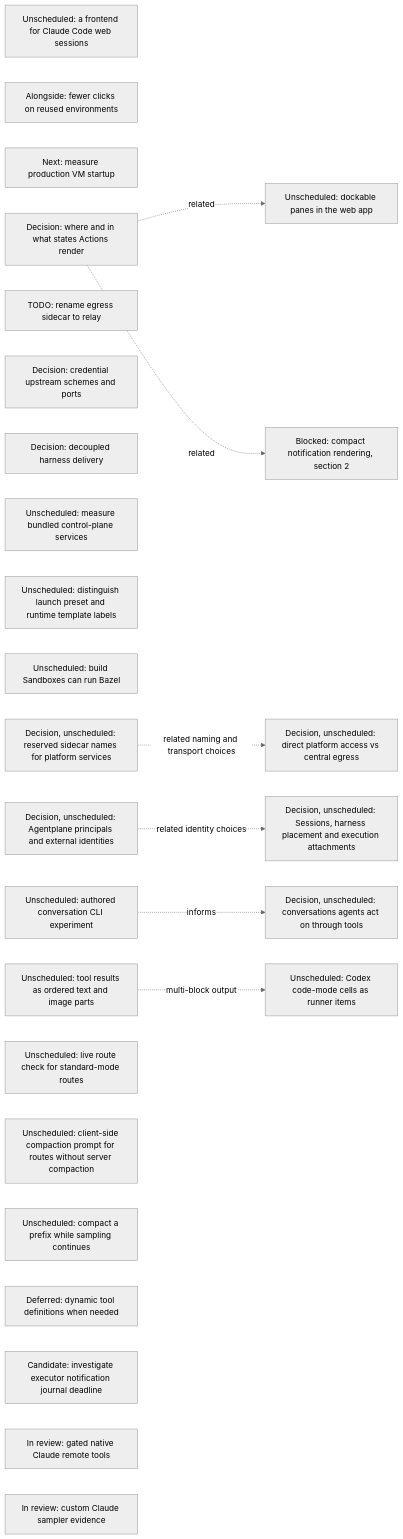
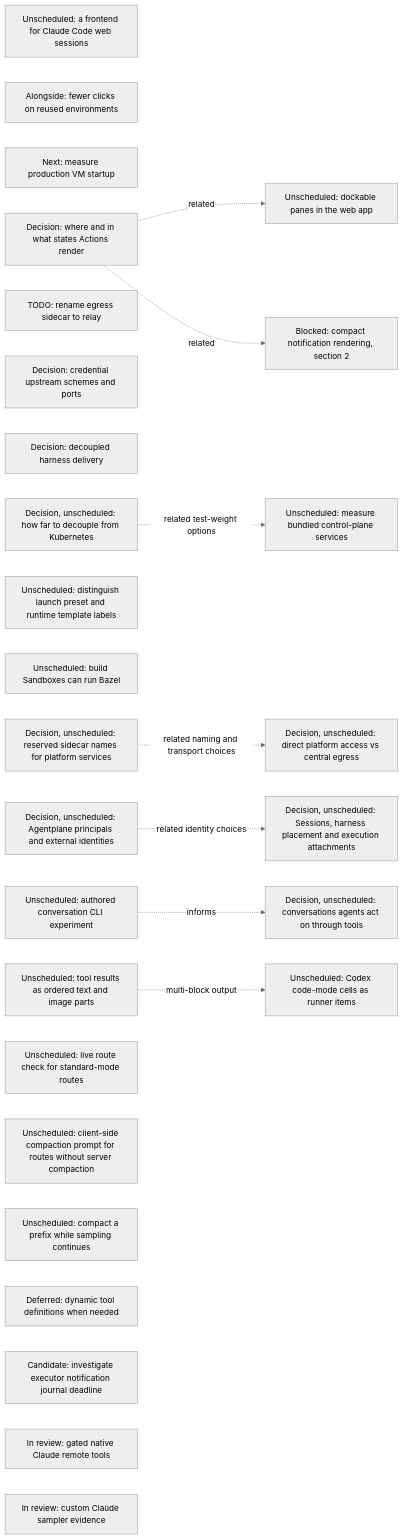
One commit to agentydragon/ducktape changed the sixth of 18 diagrams in agentplane/plans/task_dag.md. Above: the diagram before and after it, drawn with Mermaid (neutral theme). The commit also changed other lines of this file and 4 other files, not shown here.

First line of the commit message:
agentplane: Kubernetes decoupling plan, Journal/Thread naming, Electric and sampler-prefix DAG notes (#16306)

````diff
--- a/agentplane/plans/task_dag.md
+++ b/agentplane/plans/task_dag.md
@@ -967,35 +967,37 @@
 ```mermaid
 flowchart LR
     CLAUDE_CODE_WEB_BRIDGE[Unscheduled: a frontend for Claude Code web sessions]
     SESSION_LAUNCH_FRICTION[Alongside: fewer clicks on reused environments]
     VM_STARTUP_LATENCY[Next: measure production VM startup]
     ACTION_SURFACES_DESIGN[Decision: where and in what states Actions render]
     EGRESS_RELAY_RENAME[TODO: rename egress sidecar to relay]
     EGRESS_CREDENTIAL_TRANSPORT_DESIGN[Decision: credential upstream schemes and ports]
     RUNNER_HARNESS_DELIVERY_DESIGN[Decision: decoupled harness delivery]
     K3S_BUNDLED_SERVICES_SPIKE[Unscheduled: measure bundled control-plane services]
+    KUBERNETES_DECOUPLING_DESIGN[Decision, unscheduled: how far to decouple from Kubernetes]
+    KUBERNETES_DECOUPLING_DESIGN -. related test-weight options .-> K3S_BUNDLED_SERVICES_SPIKE
     DOCKABLE_PANES[Unscheduled: dockable panes in the web app]
     ACTION_SURFACES_DESIGN -. related .-> DOCKABLE_PANES
     NOTIFICATION_PRESENTATION[Blocked: compact notification rendering, section 2]
     ACTION_SURFACES_DESIGN -. related .-> NOTIFICATION_PRESENTATION
     SANDBOX_FORM_TERMINOLOGY[Unscheduled: distinguish launch preset and runtime template labels]
     BUILD_BOX_BAZEL[Unscheduled: build Sandboxes can run Bazel]
     PLATFORM_SERVICE_NAMES_DESIGN[Decision, unscheduled: reserved sidecar names for platform services]
     PLATFORM_SERVICE_ROUTING_DESIGN[Decision, unscheduled: direct platform access vs central egress]
     PLATFORM_SERVICE_NAMES_DESIGN -. related naming and transport choices .-> PLATFORM_SERVICE_ROUTING_DESIGN
     SESSION_RUNTIME_MODEL_DESIGN[Decision, unscheduled: Sessions, harness placement and execution attachments]
     AGENT_PRINCIPAL_MODEL_DESIGN[Decision, unscheduled: Agentplane principals and external identities]
     AGENT_PRINCIPAL_MODEL_DESIGN -. related identity choices .-> SESSION_RUNTIME_MODEL_DESIGN
     AGENT_AUTHORED_CONVERSATIONS_DESIGN[Decision, unscheduled: conversations agents act on through tools]
     AGENT_AUTHORED_CONVERSATIONS_EXPERIMENT[Unscheduled: authored conversation CLI experiment]
     AGENT_AUTHORED_CONVERSATIONS_EXPERIMENT -. informs .-> AGENT_AUTHORED_CONVERSATIONS_DESIGN
     STRUCTURED_TOOL_OUTPUT[Unscheduled: tool results as ordered text and image parts]
     STRUCTURED_TOOL_OUTPUT -. multi-block output .-> CODEX_CODE_MODE_CELLS[Unscheduled: Codex code-mode cells as runner items]
     CENTRAL_SAMPLER_MODEL_CAPABILITIES[Unscheduled: live route check for standard-mode routes]
     CENTRAL_SAMPLER_PROMPT_COMPACTION[Unscheduled: client-side compaction prompt for routes without server compaction]
     CENTRAL_SAMPLER_BACKGROUND_COMPACTION[Unscheduled: compact a prefix while sampling continues]
     CENTRAL_SAMPLER_DYNAMIC_TOOLS[Deferred: dynamic tool definitions when needed]
     SAMPLER_NOTIFICATION_JOURNAL[Candidate: investigate executor notification journal deadline]
     CLAUDE_REMOTE_EXECUTION_SPIKE[In review: gated native Claude remote tools]
     CLAUDE_CUSTOM_SAMPLER[In review: custom Claude sampler evidence]
 ```
````
